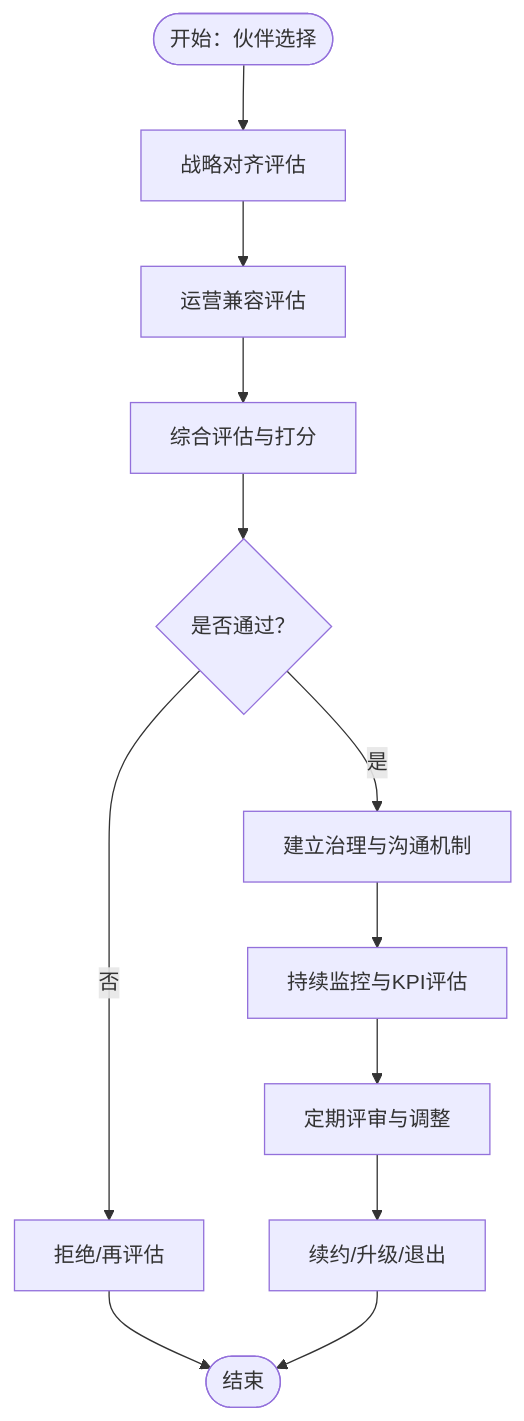
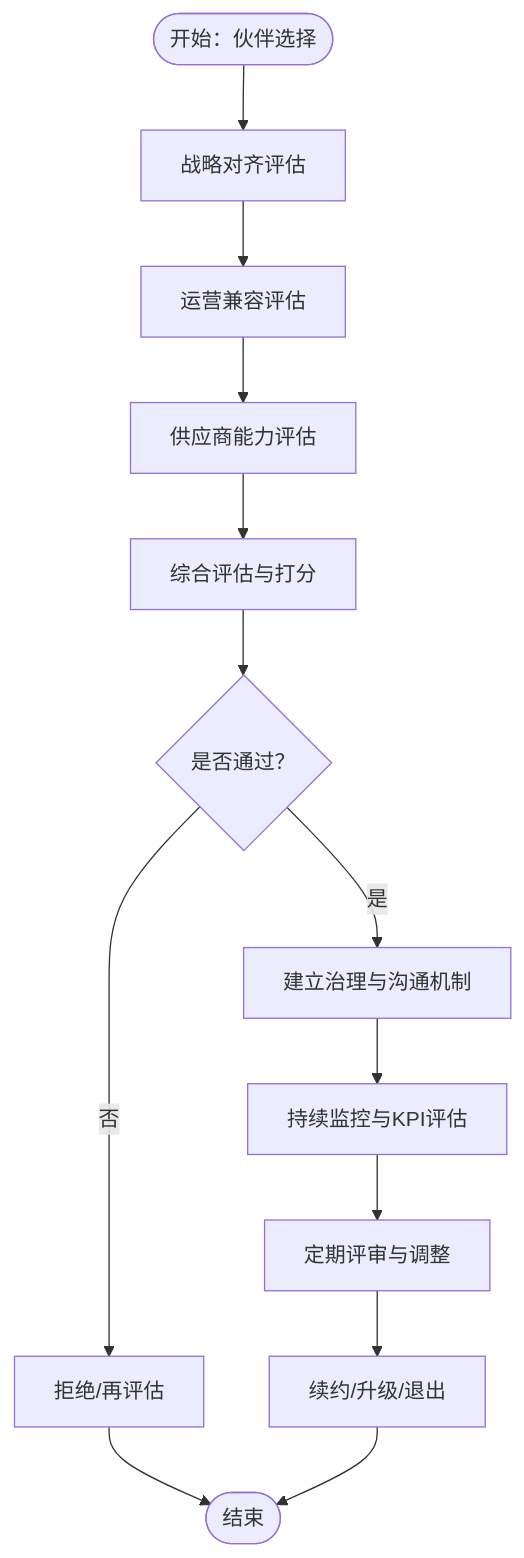
One commit to allengaller/oran-database changed the sixth of 7 diagrams in .qoder/repowiki/zh/content/生态合作/合作伙伴分类.md. Above: the diagram before and after it, drawn with Mermaid. The commit also changed other lines of this file and 372 other files, not shown here.

````diff
--- a/.qoder/repowiki/zh/content/生态合作/合作伙伴分类.md
+++ b/.qoder/repowiki/zh/content/生态合作/合作伙伴分类.md
@@ -239,14 +309,15 @@
 ```mermaid
 flowchart TD
 Start(["开始：伙伴选择"]) --> Align["战略对齐评估"]
 Align --> Ops["运营兼容评估"]
-Ops --> Eval["综合评估与打分"]
+Ops --> Vendor["供应商能力评估"]
+Vendor --> Eval["综合评估与打分"]
 Eval --> Decide{"是否通过？"}
 Decide --> |否| Reject["拒绝/再评估"]
 Decide --> |是| Govern["建立治理与沟通机制"]
 Govern --> Monitor["持续监控与KPI评估"]
 Monitor --> Review["定期评审与调整"]
 Review --> Renew["续约/升级/退出"]
 Reject --> End(["结束"])
 Renew --> End
 ```
````
